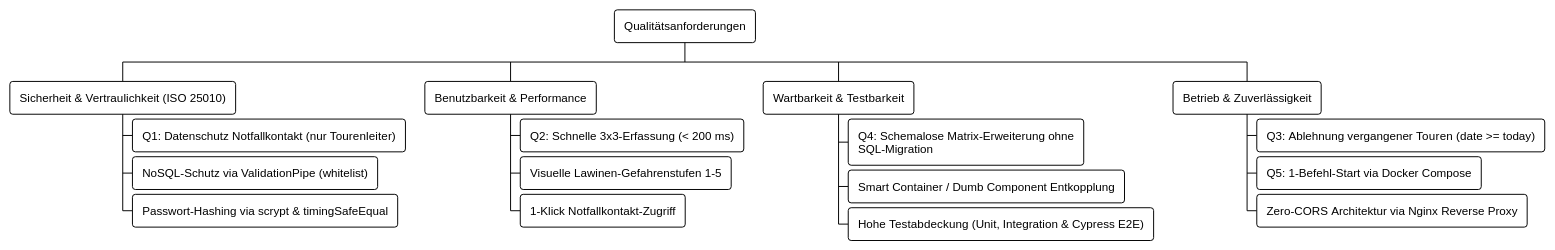
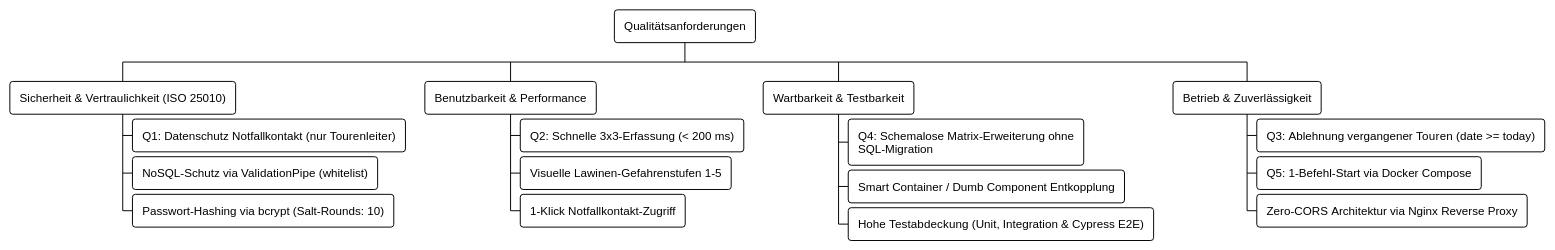
Before and after one commit to Stonehouse1703/HSLU_WEBLAB: the diagram in Doc/architektur/diagrams/10_qualitaetsbaum.puml, drawn with PlantUML. The commit also changed 12 other files, not shown here.

```diff
--- a/Doc/architektur/diagrams/10_qualitaetsbaum.puml
+++ b/Doc/architektur/diagrams/10_qualitaetsbaum.puml
@@ -1,24 +1,24 @@
 @startwbs 10_qualitaetsbaum
 !theme plain
 skinparam defaultFontName "Liberation Sans", Arial, sans-serif
 skinparam shadowing false
 skinparam roundcorner 6
 
 * Qualitätsanforderungen
 ** Sicherheit & Vertraulichkeit (ISO 25010)
 *** Q1: Datenschutz Notfallkontakt (nur Tourenleiter)
 *** NoSQL-Schutz via ValidationPipe (whitelist)
-*** Passwort-Hashing via scrypt & timingSafeEqual
+*** Passwort-Hashing via bcrypt (Salt-Rounds: 10)
 ** Benutzbarkeit & Performance
 *** Q2: Schnelle 3x3-Erfassung (< 200 ms)
 *** Visuelle Lawinen-Gefahrenstufen 1–5
 *** 1-Klick Notfallkontakt-Zugriff
 ** Wartbarkeit & Testbarkeit
 *** Q4: Schemalose Matrix-Erweiterung ohne SQL-Migration
 *** Smart Container / Dumb Component Entkopplung
 *** Hohe Testabdeckung (Unit, Integration & Cypress E2E)
 ** Betrieb & Zuverlässigkeit
 *** Q3: Ablehnung vergangener Touren (date >= today)
 *** Q5: 1-Befehl-Start via Docker Compose
 *** Zero-CORS Architektur via Nginx Reverse Proxy
 @endwbs
```
